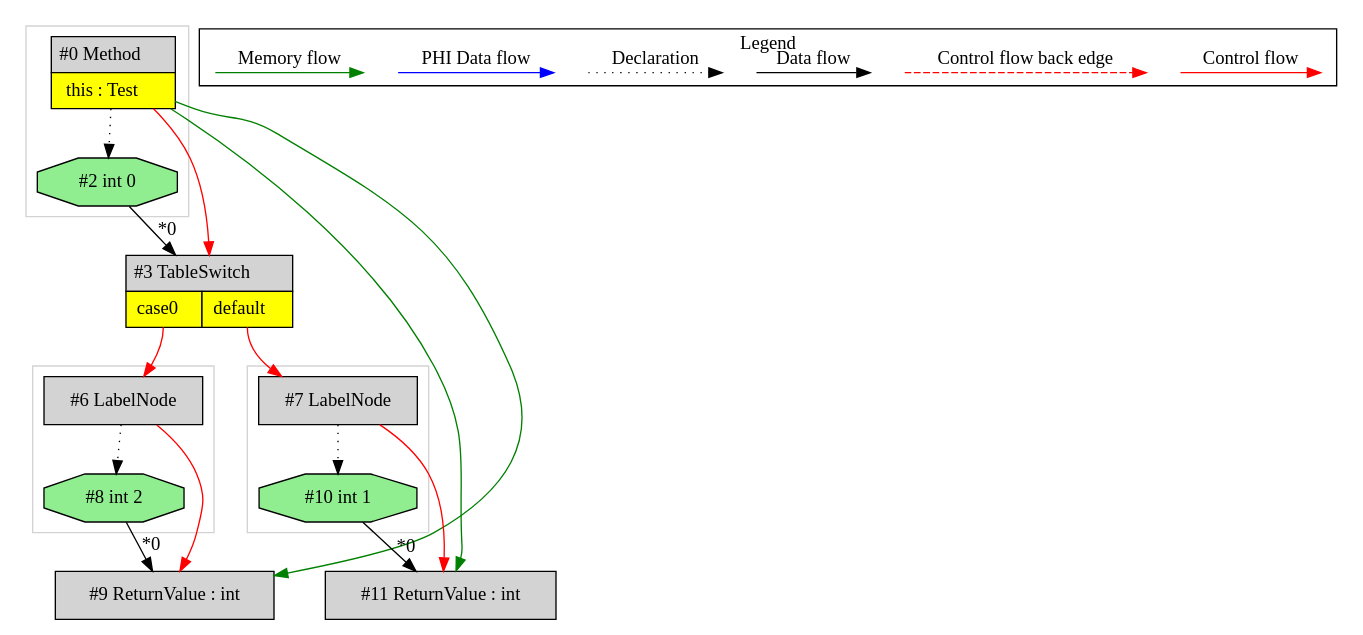
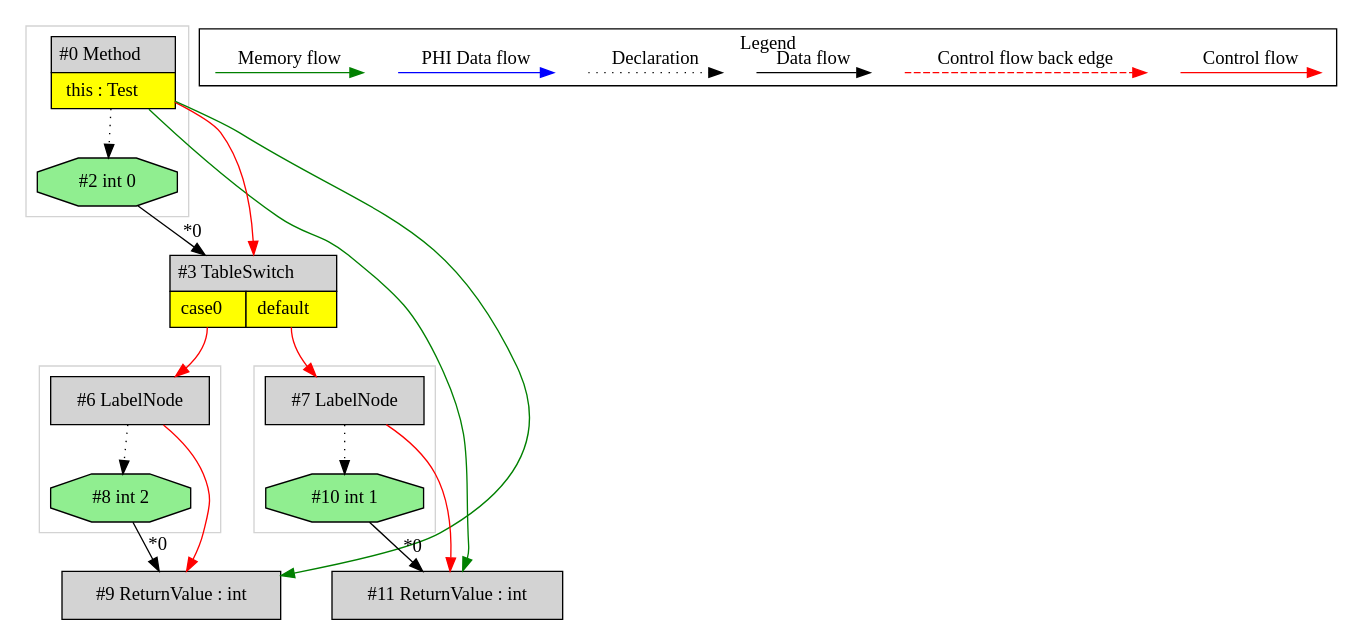
One commit to mirkosertic/MetaIR changed the diagram in de.mirkosertic.metair.ir.OpcodeTABLESWITCHTest/test_TABLESWITCH/ir.dot. Above: the diagram before and after it, drawn with Graphviz. The commit also changed other lines of this file and 1231 other files, not shown here.

```diff
--- a/de.mirkosertic.metair.ir.OpcodeTABLESWITCHTest/test_TABLESWITCH/ir.dot
+++ b/de.mirkosertic.metair.ir.OpcodeTABLESWITCHTest/test_TABLESWITCH/ir.dot
@@ -1,66 +1,66 @@
 digraph {
  ordering="in";
  node0[margin="0", label=<<table border="0" cellborder="1" cellspacing="0" cellpadding="5"><tr><td colspan="1">#0 Method</td></tr><tr><td port="prj1" bgcolor="yellow">this : Test</td></tr></table>>,shape=none, fillcolor=lightgrey, style=filled];
+ node11[label="#11 ReturnValue : int",shape=box, fillcolor=lightgrey, style=filled];
+ node10 -> node11[headlabel="*0", labeldistance=2];
+ node7 -> node11[labeldistance=2, color=red, fontcolor=red];
+ node0 -> node11[labeldistance=2, color=green, constraint=false];
+ node7[label="#7 LabelNode",shape=box, fillcolor=lightgrey, style=filled];
+ node3:prj5 -> node7[labeldistance=2, color=red, fontcolor=red];
  node3[margin="0", label=<<table border="0" cellborder="1" cellspacing="0" cellpadding="5"><tr><td colspan="2">#3 TableSwitch</td></tr><tr><td port="prj4" bgcolor="yellow">case0</td><td port="prj5" bgcolor="yellow">default</td></tr></table>>,shape=none, fillcolor=lightgrey, style=filled];
  node2 -> node3[headlabel="*0", labeldistance=2];
  node0 -> node3[labeldistance=2, color=red, fontcolor=red];
  node2[label="#2 int 0",shape=octagon, fillcolor=lightgreen, style=filled];
  node0 -> node2[style=dotted];
- node7[label="#7 LabelNode",shape=box, fillcolor=lightgrey, style=filled];
- node3:prj5 -> node7[labeldistance=2, color=red, fontcolor=red];
- node11[label="#11 ReturnValue : int",shape=box, fillcolor=lightgrey, style=filled];
- node10 -> node11[headlabel="*0", labeldistance=2];
- node7 -> node11[labeldistance=2, color=red, fontcolor=red];
- node0 -> node11[labeldistance=2, color=green, constraint=false];
- node10[label="#10 int 1",shape=octagon, fillcolor=lightgreen, style=filled];
- node7 -> node10[style=dotted];
  node6[label="#6 LabelNode",shape=box, fillcolor=lightgrey, style=filled];
  node3:prj4 -> node6[labeldistance=2, color=red, fontcolor=red];
+ node8[label="#8 int 2",shape=octagon, fillcolor=lightgreen, style=filled];
+ node6 -> node8[style=dotted];
  node9[label="#9 ReturnValue : int",shape=box, fillcolor=lightgrey, style=filled];
  node8 -> node9[headlabel="*0", labeldistance=2];
  node6 -> node9[labeldistance=2, color=red, fontcolor=red];
  node0 -> node9[labeldistance=2, color=green, constraint=false];
- node8[label="#8 int 2",shape=octagon, fillcolor=lightgreen, style=filled];
- node6 -> node8[style=dotted];
+ node10[label="#10 int 1",shape=octagon, fillcolor=lightgreen, style=filled];
+ node7 -> node10[style=dotted];
  subgraph cluster_0 {
   color=lightgray;
   node7;
   node10;
  }
  subgraph cluster_1 {
   color=lightgray;
-  node6;
-  node8;
+  node0;
+  node2;
  }
  subgraph cluster_2 {
   color=lightgray;
-  node0;
-  node2;
+  node6;
+  node8;
  }
  subgraph cluster_000 {
   label = "Legend";
   node [shape=point]
   {
    rank=same;
    c0 [style = invis];
    c1 [style = invis];
    c2 [style = invis];
    c3 [style = invis];
    d0 [style = invis];
    d1 [style = invis];
    d2 [style = invis];
    d3 [style = invis];
    d4 [style = invis];
    d5 [style = invis];
    d6 [style = invis];
    d7 [style = invis];
   }
   c0 -> c1 [label="Control flow", style=solid, color=red]
   c2 -> c3 [label="Control flow back edge", style=dashed, color=red]
   d0 -> d1 [label="Data flow"]
   d2 -> d3 [label="Declaration", style=dotted]
   d4 -> d5 [label="PHI Data flow", color=blue]
   d6 -> d7 [label="Memory flow", color=green]
  }
 
 }
```
